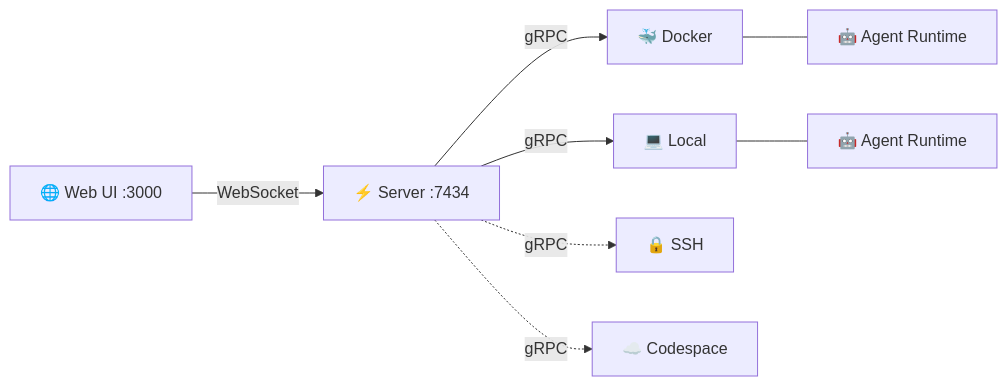
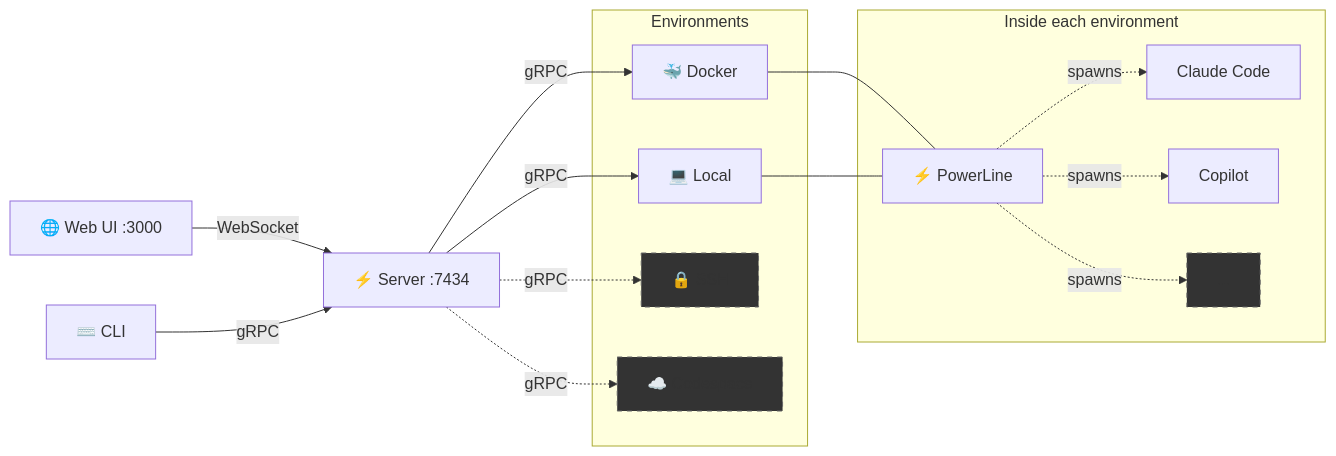
The sixth of 6 diagrams in README.md (nick-pape/grackle), drawn with Mermaid before and after one commit. The commit also changed other lines of this file, not shown here.

First line of the commit message:
Split scaling diagram into 4, fold env/runtime into architecture

````diff
--- a/README.md
+++ b/README.md
@@ -96,19 +86,31 @@
 ```mermaid
 graph LR
     UI["🌐 Web UI :3000"]
+    CLI["⌨️ CLI"]
     Server["⚡ Server :7434"]
 
-    Docker["🐳 Docker"]
-    Local["💻 Local"]
-    SSH["🔒 SSH"]
-    CS["☁️ Codespace"]
+    UI -- WebSocket --> Server
+    CLI -- gRPC --> Server
 
-    UI -- WebSocket --> Server
-    Server -- gRPC --> Docker
-    Server -- gRPC --> Local
-    Server -. gRPC .-> SSH
-    Server -. gRPC .-> CS
+    subgraph "Environments"
+        Docker["🐳 Docker"]
+        Local["💻 Local"]
+        SSH["🔒 SSH"]
+        CS["☁️ Codespace"]
+    end
 
-    Docker --- Agent1["🤖 Agent Runtime"]
-    Local --- Agent2["🤖 Agent Runtime"]
+    Server -- gRPC --> Docker & Local
+    Server -. gRPC .-> SSH & CS
+
+    subgraph "Inside each environment"
+        PL["⚡ PowerLine"]
+        PL -. spawns .-> CC["Claude Code"]
+        PL -. spawns .-> CP["Copilot"]
+        PL -. spawns .-> More["..."]
+    end
+
+    Docker & Local --- PL
+    style More fill:#333,stroke:#666,stroke-dasharray: 5 5
+    style SSH fill:#333,stroke:#666,stroke-dasharray: 5 5
+    style CS fill:#333,stroke:#666,stroke-dasharray: 5 5
 ```
````
